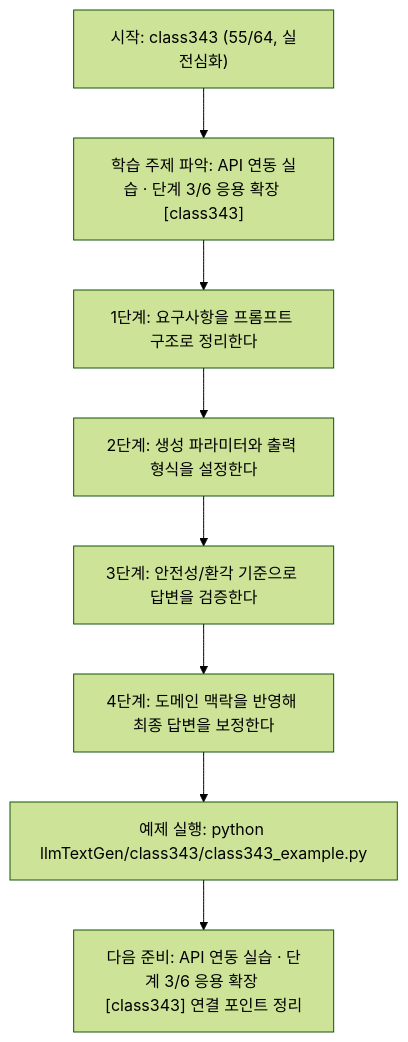
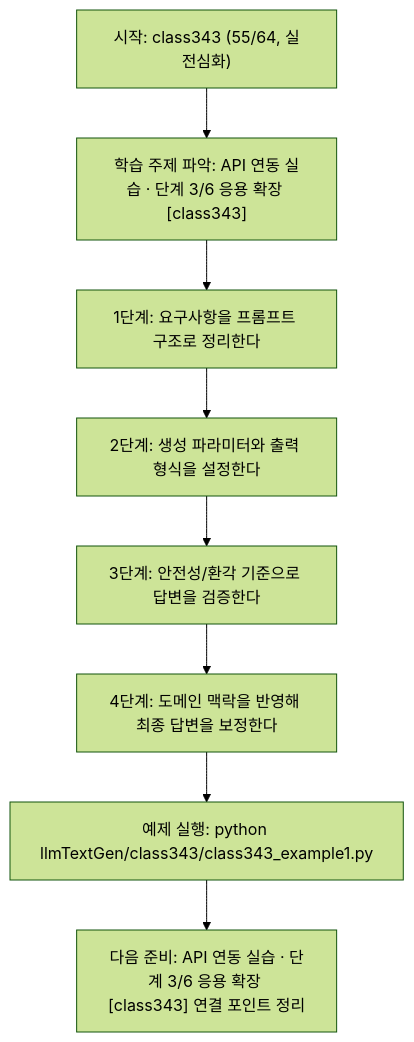
One commit to edumgt/Python-AI_Agent-Class changed the diagram in llmTextGen/class343/class343.md. Above: the diagram before and after it, drawn with Mermaid (forest theme). The commit also changed other lines of this file and 2959 other files, not shown here.

````diff
--- a/llmTextGen/class343/class343.md
+++ b/llmTextGen/class343/class343.md
@@ -114,18 +114,18 @@
 ```mermaid
 flowchart TD
 N1["시작: class343 (55/64, 실전심화)"]
 N2["학습 주제 파악: API 연동 실습 · 단계 3/6 응용 확장 [class343]"]
 N3["1단계: 요구사항을 프롬프트 구조로 정리한다"]
 N4["2단계: 생성 파라미터와 출력 형식을 설정한다"]
 N5["3단계: 안전성/환각 기준으로 답변을 검증한다"]
 N6["4단계: 도메인 맥락을 반영해 최종 답변을 보정한다"]
-N7["예제 실행: python llmTextGen/class343/class343_example.py"]
+N7["예제 실행: python llmTextGen/class343/class343_example1.py"]
 N8["다음 준비: API 연동 실습 · 단계 3/6 응용 확장 [class343] 연결 포인트 정리"]
 N1 --> N2
 N2 --> N3
 N3 --> N4
 N4 --> N5
 N5 --> N6
 N6 --> N7
 N7 --> N8
 ```
````
